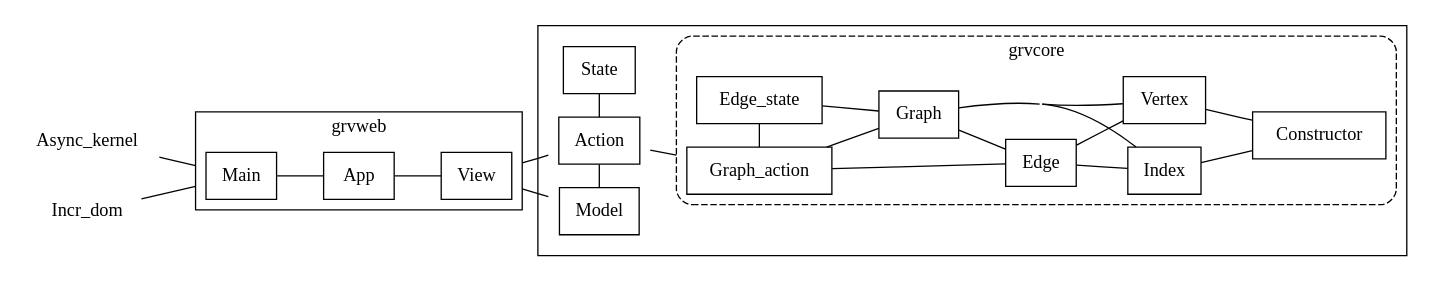
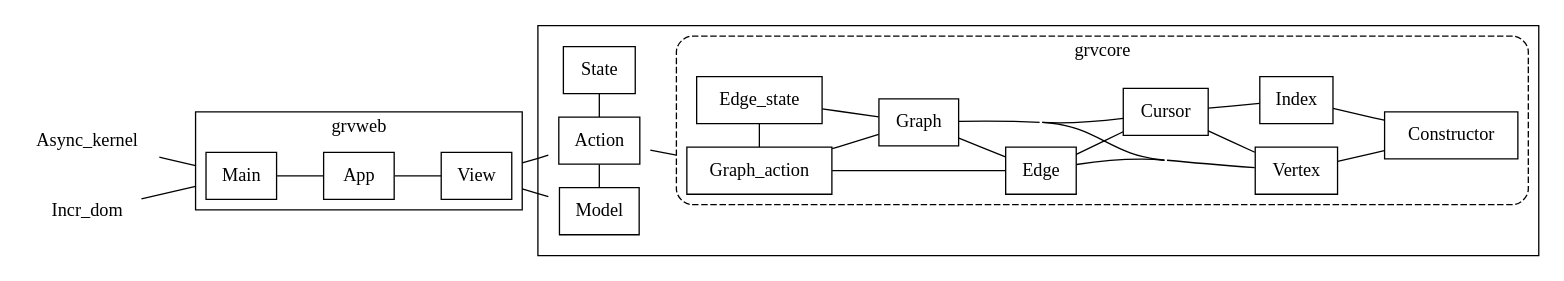
Before and after one commit to hazelgrove/GRV: the diagram in src/grvdoc/overview.dot, drawn with Graphviz. The commit also changed 4 other files, not shown here.

```diff
--- a/src/grvdoc/overview.dot
+++ b/src/grvdoc/overview.dot
@@ -1,55 +1,56 @@
 graph G {
   rankdir=LR
   compound=true
   splines=true
   concentrate=true
 
   node [shape=none]
 
   {rank=same; Async_kernel; Incr_dom}
 
   node [shape=box]
 
   Grap [label="Graph"]
   Edg [label="Edge"]
   Verte [label="Vertex"]
 
   subgraph cluster_web {
     label="grvweb"
     App; Main; View
   }
 
   subgraph cluster_whole_core {
 
   subgraph cluster_mid {
     style="invis"
     {rank=min; Action; Model; State}
     Action -- {Model; State}
   }
 
   subgraph cluster_core {
     label="grvcore"
     style="dashed,rounded"
     {rank=min; Graph_action; Edge_state}
-    Grap; Edg; Edge_state; Graph_action; Verte; Constructor; Index
+    {rank=same; Verte; Index}
+    Grap; Edg; Edge_state; Graph_action; Verte; Constructor; Cursor; Index
   }
   
   }
 
   {Async_kernel; Incr_dom} -- Main [lhead=cluster_web]
   View -- {Action; Model} [ltail=cluster_web; lhead=cluster_mid]
   Action -- Graph_action [ltail=cluster_mid; lhead=cluster_core]
 
   Main -- App -- View
 
-  Grap -- {Verte; Index; Edg; Edge_state}
+  Grap -- {Verte; Cursor; Edg; Edge_state}
 
-  Verte -- Constructor
+  {Verte; Index} -- Constructor
 
-  Index -- Constructor
+  Cursor -- {Verte; Index}
 
-  Edg -- {Verte; Index}
+  Edg -- {Verte; Cursor}
 
   Graph_action -- {Edg; Edge_state; Grap}
 
 }
```
